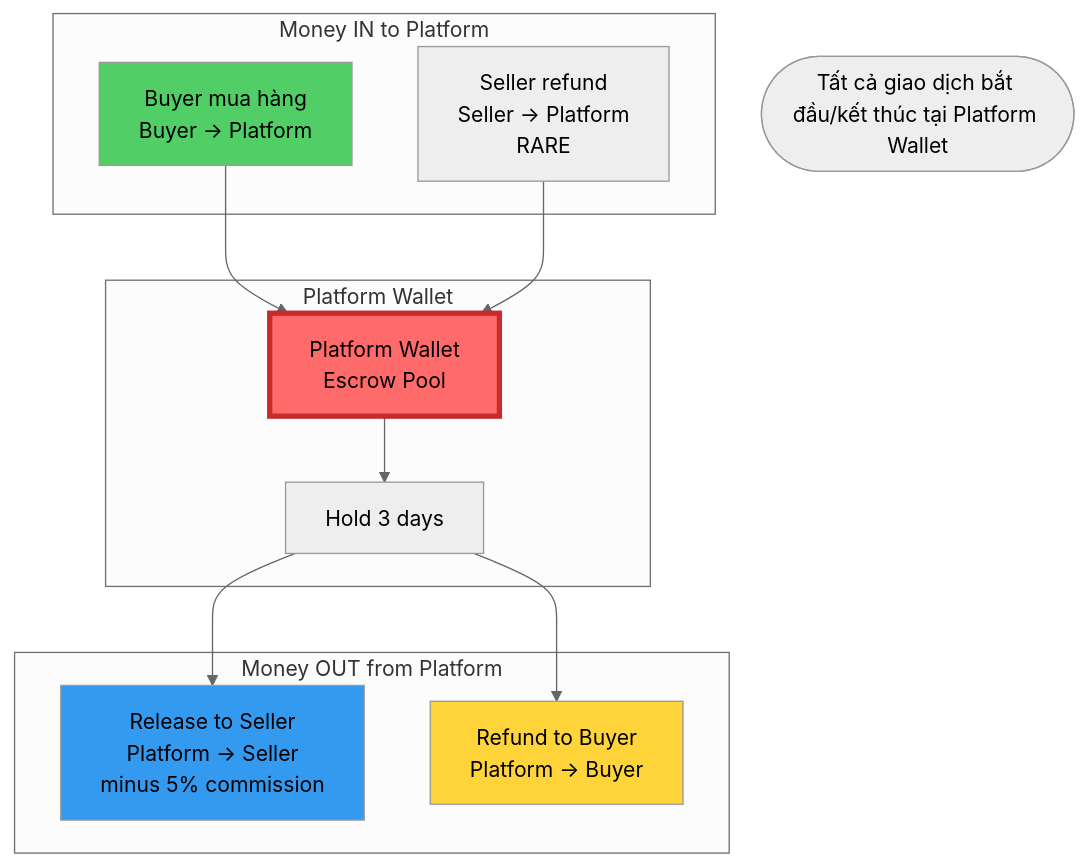
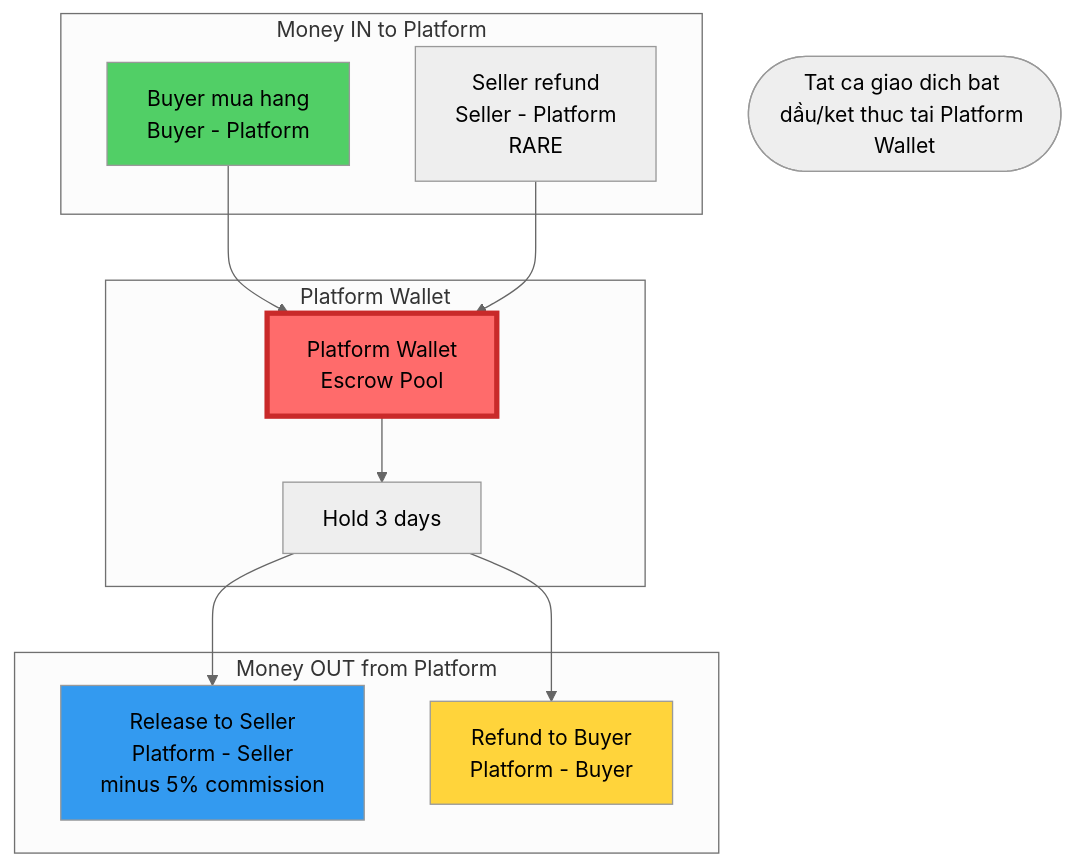
Before and after one commit to anhnguyen123312/ShopMMO: the second of 20 diagrams in mmo-api/docs/v2/05-wallet-v2-platform-wallet-flows.md, drawn with Mermaid (neutral theme). The commit also changed other lines of this file and 1 other file, not shown here.

````diff
--- a/mmo-api/docs/v2/05-wallet-v2-platform-wallet-flows.md
+++ b/mmo-api/docs/v2/05-wallet-v2-platform-wallet-flows.md
@@ -159,30 +159,30 @@
 ```mermaid
 graph TB
-    Start([Tất cả giao dịch bắt đầu/kết thúc tại Platform Wallet])
+    Start([Tat ca giao dich bat dầu/ket thuc tai Platform Wallet])
 
     subgraph "Money IN to Platform"
-        Purchase[Buyer mua hàng<br/>Buyer → Platform]
-        Refund[Seller refund<br/>Seller → Platform<br/>RARE]
+        Purchase[Buyer mua hang<br/>Buyer - Platform]
+        Refund[Seller refund<br/>Seller - Platform<br/>RARE]
     end
 
     subgraph "Platform Wallet"
         PW[Platform Wallet<br/>Escrow Pool]
         Hold[Hold 3 days]
     end
 
     subgraph "Money OUT from Platform"
-        Release[Release to Seller<br/>Platform → Seller<br/>minus 5% commission]
-        RefundBuyer[Refund to Buyer<br/>Platform → Buyer]
+        Release[Release to Seller<br/>Platform - Seller<br/>minus 5% commission]
+        RefundBuyer[Refund to Buyer<br/>Platform - Buyer]
     end
 
     Purchase --> PW
     Refund --> PW
     PW --> Hold
     Hold --> Release
     Hold --> RefundBuyer
 
     style PW fill:#ff6b6b,stroke:#c92a2a,stroke-width:4px
     style Purchase fill:#51cf66
     style Release fill:#339af0
     style RefundBuyer fill:#ffd43b
 ```
````
